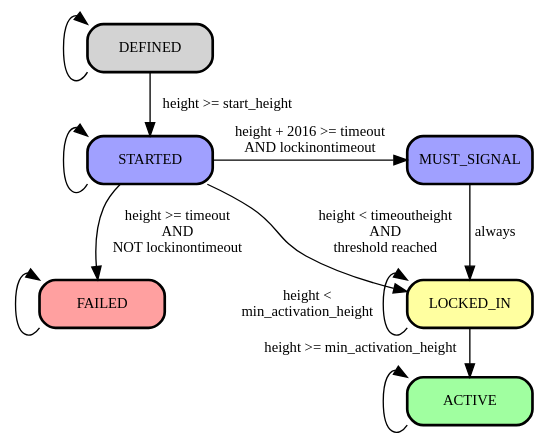
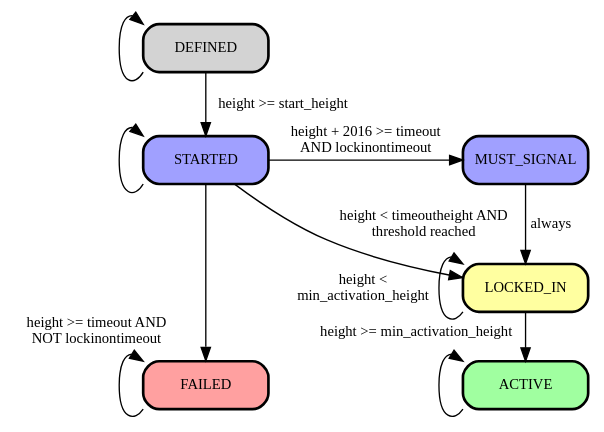
Before and after one commit to Sjors/nado-book: the diagram in taproot/bip8.dot, drawn with Graphviz. The commit also changed 1 other file, not shown here.

Commit message:
Clean up BIP8 figure

```diff
--- a/taproot/bip8.dot
+++ b/taproot/bip8.dot
@@ -1,39 +1,43 @@
 digraph {
   rankdir=TD;
 
   node [fontname="lmtt", fontsize=11, fixedsize=true, width=1.3, shape=box, style="rounded,filled,bold"];
 
   edge [fontname="lmtt", fontsize=11];
 
   edge [weight = 100];
   "DEFINED" -> "STARTED" [label=" height >= start_height"];
   "STARTED" -> "MUST_SIGNAL" [label="height + 2016 >= timeout\nAND lockinontimeout"];
-  "STARTED" -> "FAILED" [label=" height >= timeout\nAND\nNOT lockinontimeout"];
+  "STARTED" -> "FAILED" [
+    headlabel=" height >= timeout AND\nNOT lockinontimeout"
+    labeldistance=8.5
+    labelangle=75
+  ];
   "LOCKED_IN" -> "ACTIVE" [
     headlabel="height >= min_activation_height"
     labeldistance=8.5
     labelangle=75
   ];
   "MUST_SIGNAL" -> "LOCKED_IN" [label=" always"];
 
   edge [weight = 1];
-  "STARTED" -> "LOCKED_IN" [label="height < timeoutheight\nAND\nthreshold reached"];
+  "STARTED" -> "LOCKED_IN" [label="height < timeoutheight AND\nthreshold reached"];
   "LOCKED_IN":sw -> "LOCKED_IN":nw [label="height <\nmin_activation_height"];
 
   "FAILED" -> "LOCKED_IN" [style=invis];
 
   "DEFINED":sw -> "DEFINED":nw;
   "STARTED":sw -> "STARTED":nw;
   "ACTIVE":sw -> "ACTIVE":nw;
   "FAILED":sw -> "FAILED":nw;
 
   "STARTED" [fillcolor="#a0a0ff"];
   "MUST_SIGNAL" [fillcolor="#a0a0ff"];
   "LOCKED_IN" [fillcolor="#ffffa0"];
   "ACTIVE" [fillcolor="#a0ffa0"];
   "FAILED" [fillcolor="#ffa0a0"];
 
   { rank=same; "STARTED" "MUST_SIGNAL" }
-  { rank=same; "FAILED" "LOCKED_IN" }
-  { rank=sink; "ACTIVE" }
+  { rank=same; "FAILED" "ACTIVE" }
+  { rank=sink; "FAILED" }
 }
```
